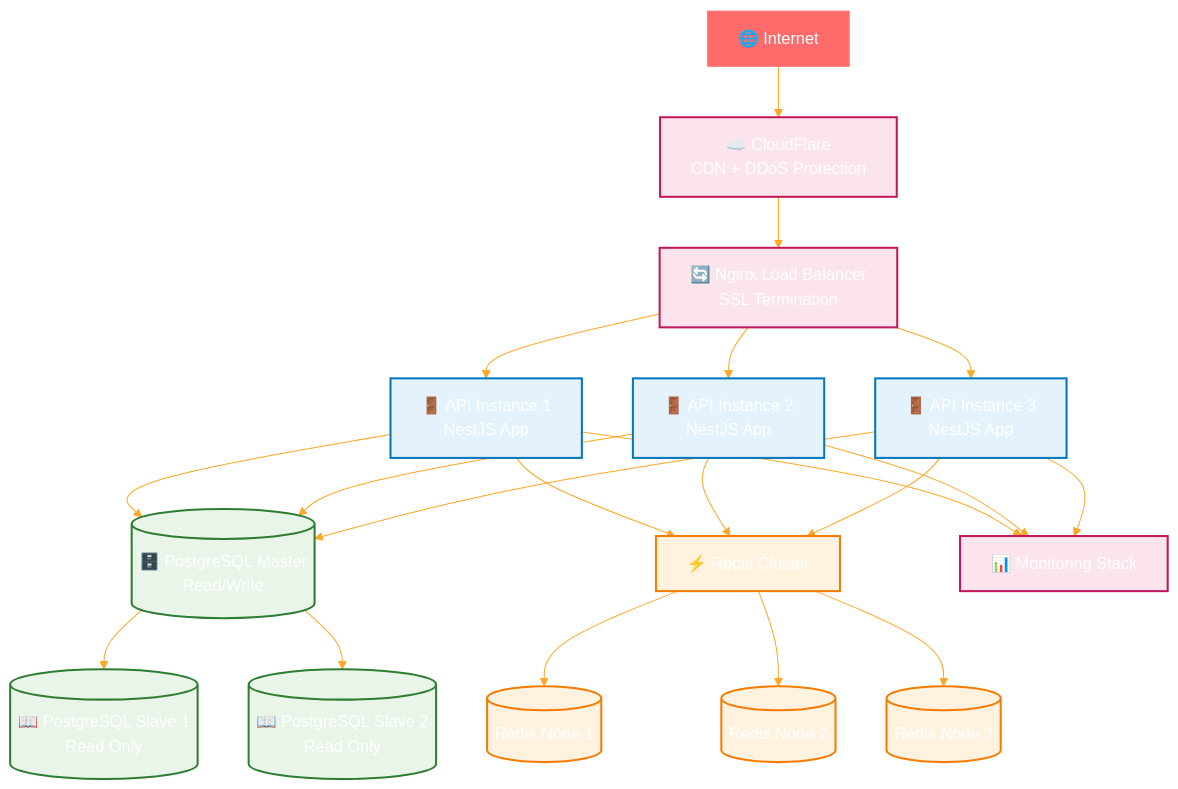
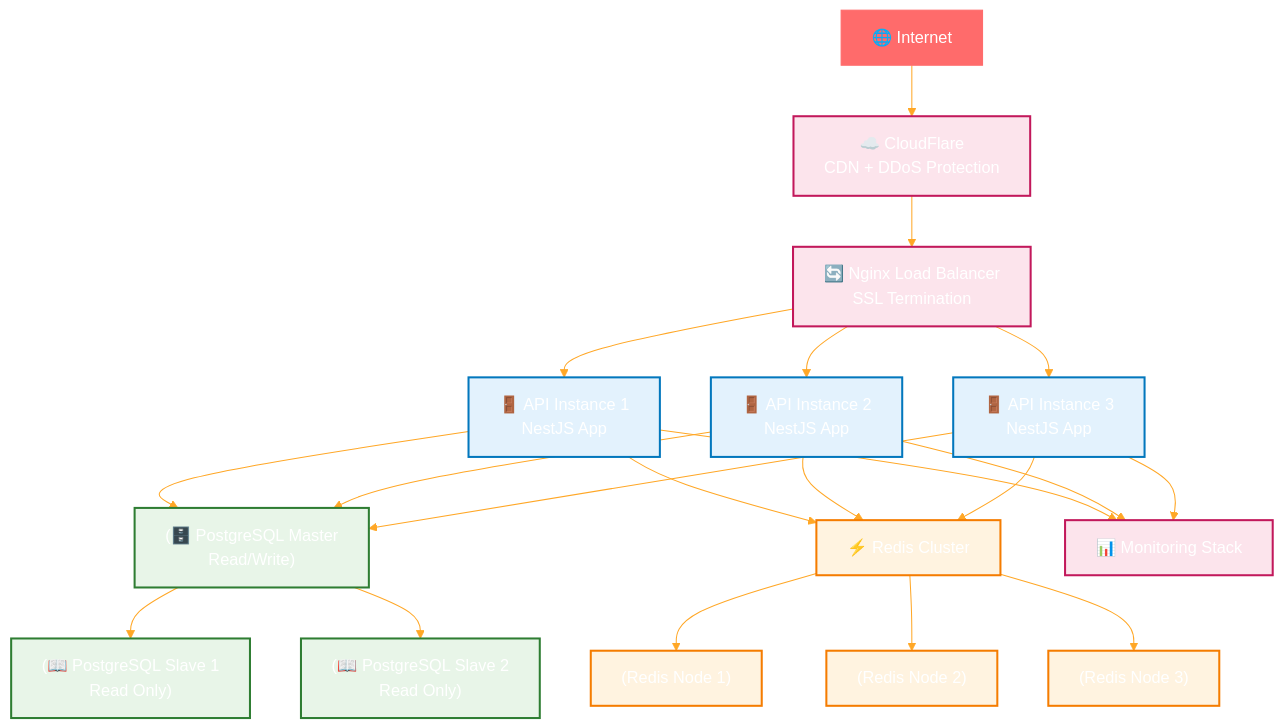
The fourth of 7 diagrams in docs/architecture/system-overview.md (abdoElHodaky/transportapp), drawn with Mermaid before and after one commit. The commit also changed other lines of this file and 7 other files, not shown here.

````diff
--- a/docs/architecture/system-overview.md
+++ b/docs/architecture/system-overview.md
@@ -271,46 +271,46 @@
 ```mermaid
 %%{init: {'theme':'base', 'themeVariables': {'primaryColor':'#ff6b6b','primaryTextColor':'#fff','primaryBorderColor':'#ff6b6b','lineColor':'#ffa726','sectionBkgColor':'#ff6b6b','altSectionBkgColor':'#fff','gridColor':'#fff','secondaryColor':'#006100','tertiaryColor':'#fff'}}}%%
 graph TB
     %% Internet
-    INT[🌐 Internet] --> CF[☁️ CloudFlare<br/>CDN + DDoS Protection]
+    INT["🌐 Internet"] --> CF["☁️ CloudFlare<br/>CDN + DDoS Protection"]
     
     %% Load Balancer
-    CF --> LB[🔄 Nginx Load Balancer<br/>SSL Termination]
+    CF --> LB["🔄 Nginx Load Balancer<br/>SSL Termination"]
     
     %% Application Instances
-    LB --> APP1[🚪 API Instance 1<br/>NestJS App]
-    LB --> APP2[🚪 API Instance 2<br/>NestJS App]
-    LB --> APP3[🚪 API Instance 3<br/>NestJS App]
+    LB --> APP1["🚪 API Instance 1<br/>NestJS App"]
+    LB --> APP2["🚪 API Instance 2<br/>NestJS App"]
+    LB --> APP3["🚪 API Instance 3<br/>NestJS App"]
     
     %% Database Cluster
-    APP1 --> DBM[(🗄️ PostgreSQL Master<br/>Read/Write)]
+    APP1 --> DBM["(🗄️ PostgreSQL Master<br/>Read/Write)"]
     APP2 --> DBM
     APP3 --> DBM
     
-    DBM --> DBS1[(📖 PostgreSQL Slave 1<br/>Read Only)]
-    DBM --> DBS2[(📖 PostgreSQL Slave 2<br/>Read Only)]
+    DBM --> DBS1["(📖 PostgreSQL Slave 1<br/>Read Only)"]
+    DBM --> DBS2["(📖 PostgreSQL Slave 2<br/>Read Only)"]
     
     %% Redis Cluster
-    APP1 --> RC[⚡ Redis Cluster]
+    APP1 --> RC["⚡ Redis Cluster"]
     APP2 --> RC
     APP3 --> RC
     
-    RC --> R1[(Redis Node 1)]
-    RC --> R2[(Redis Node 2)]
-    RC --> R3[(Redis Node 3)]
+    RC --> R1["(Redis Node 1)"]
+    RC --> R2["(Redis Node 2)"]
+    RC --> R3["(Redis Node 3)"]
     
     %% Monitoring
-    APP1 --> MON[📊 Monitoring Stack]
+    APP1 --> MON["📊 Monitoring Stack"]
     APP2 --> MON
     APP3 --> MON
     
-    classDef app fill:#e3f2fd,stroke:#0277bd,stroke-width:2px
-    classDef db fill:#e8f5e8,stroke:#2e7d32,stroke-width:2px
-    classDef cache fill:#fff3e0,stroke:#f57c00,stroke-width:2px
-    classDef infra fill:#fce4ec,stroke:#c2185b,stroke-width:2px
+    classDef app fill:#e3f2fd,stroke:#0277bd,stroke-width:2px;
+    classDef db fill:#e8f5e8,stroke:#2e7d32,stroke-width:2px;
+    classDef cache fill:#fff3e0,stroke:#f57c00,stroke-width:2px;
+    classDef infra fill:#fce4ec,stroke:#c2185b,stroke-width:2px;
     
-    class APP1,APP2,APP3 app
-    class DBM,DBS1,DBS2 db
-    class RC,R1,R2,R3 cache
-    class CF,LB,MON infra
+    class APP1,APP2,APP3 app;
+    class DBM,DBS1,DBS2 db;
+    class RC,R1,R2,R3 cache;
+    class CF,LB,MON infra;
 ```
````
